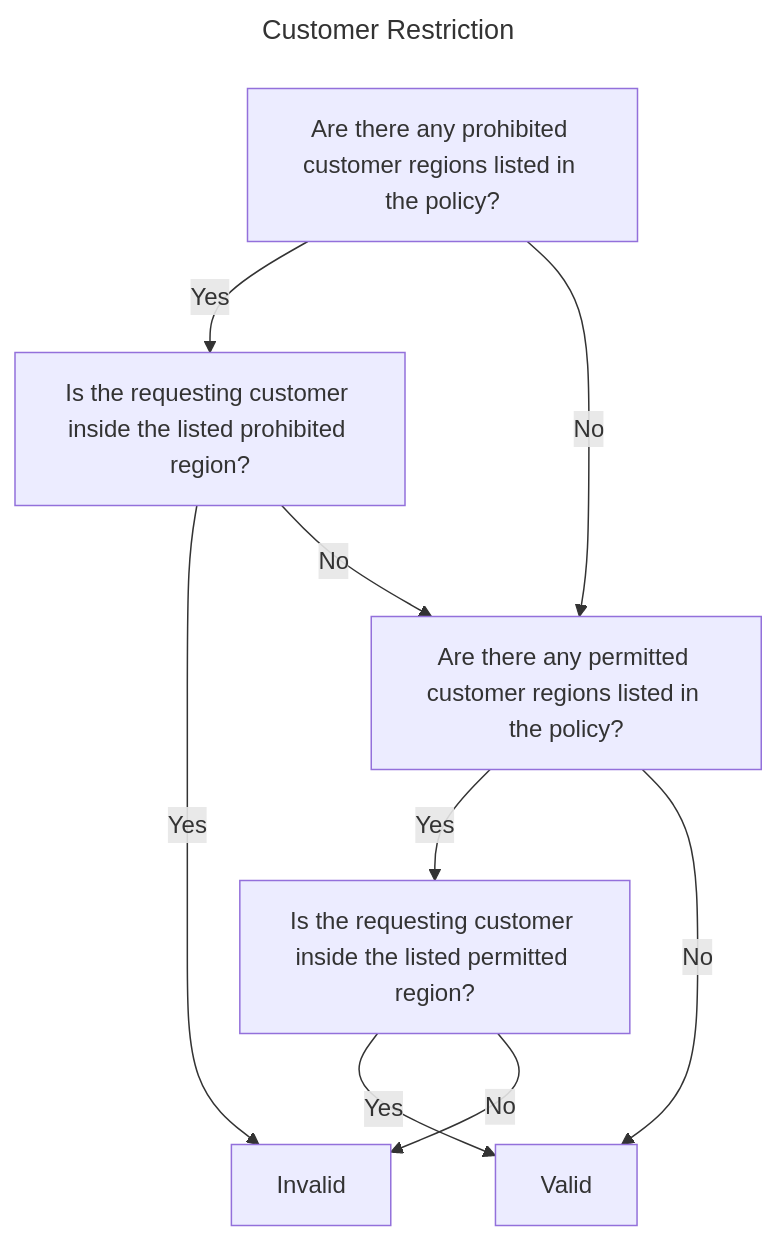
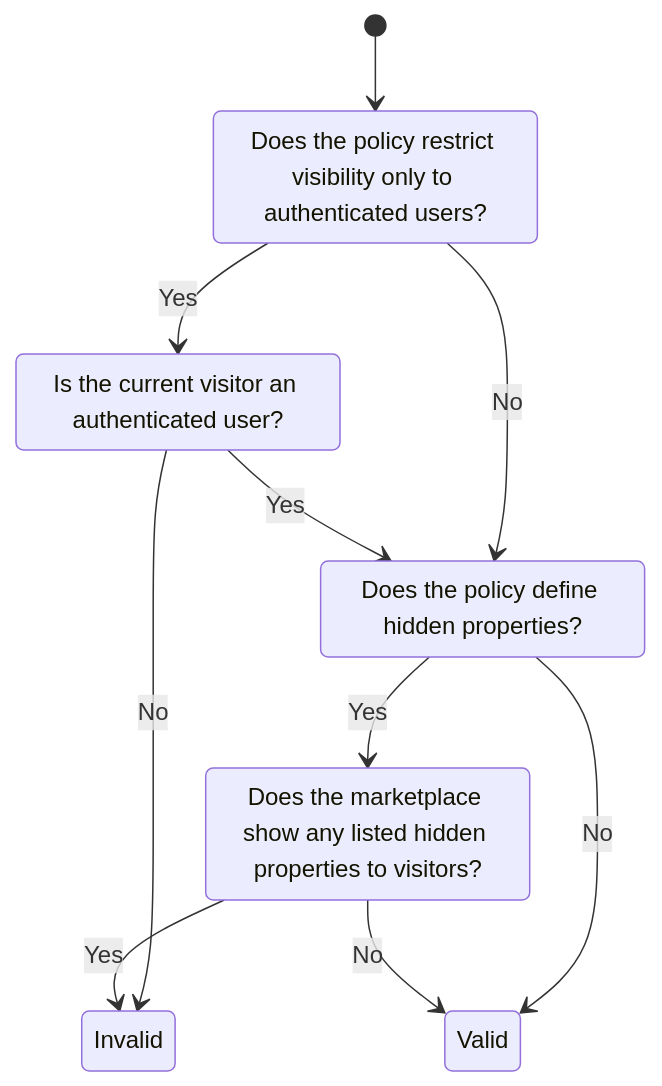
Before and after one commit to DOME-Marketplace/dome-odrl-profile: the third of 4 diagrams in docs/policy-evaluation-strategy.md, drawn with Mermaid. The commit also changed other lines of this file, not shown here.

````diff
--- a/docs/policy-evaluation-strategy.md
+++ b/docs/policy-evaluation-strategy.md
@@ -42,20 +80,20 @@
 ```mermaid
----
-title: Customer Restriction
----
-flowchart TD
-  Q1["Are there any prohibited customer regions listed in the policy?"]
-  Q1 -- Yes --> Q2
-  Q1 -- No --> Q3
-  Q2["Is the requesting customer inside the listed prohibited region?"]
-  Q2 -- Yes --> INVALID
-  Q2 -- No --> Q3
-  Q3["Are there any permitted customer regions listed in the policy?"]
-  Q3 -- Yes --> Q4
-  Q3 -- No --> VALID
-  Q4["Is the requesting customer inside the listed permitted region?"]
-  Q4 -- Yes --> VALID
-  Q4 -- No --> INVALID
-  VALID["Valid"]
-  INVALID["Invalid"]
+stateDiagram-v2
+  [*] --> Q1_1
+  Q1_1 : Does the policy restrict visibility only to authenticated users?
+  Q1_1 --> Q1_2 : Yes
+  Q1_1 --> Q2_1 : No
+  Q1_2 : Is the current visitor an authenticated user?
+  Q1_2 --> Q2_1 : Yes
+  Q1_2 --> INVALID : No
+  Q2_1 : Does the policy define hidden properties?
+  Q2_1 --> Q2_2 : Yes
+  Q2_1 --> VALID : No
+  Q2_2 : Does the marketplace show any listed hidden properties to visitors?
+  Q2_2 --> INVALID : Yes
+  Q2_2 --> VALID : No
+  VALID:::FinalEvent : Valid
+  INVALID:::ErrorEvent : Invalid
+  classDef FinalEvent fill:darkgreen,color:white
+  classDef ErrorEvent fill:darkred,color:white
 ```
````
